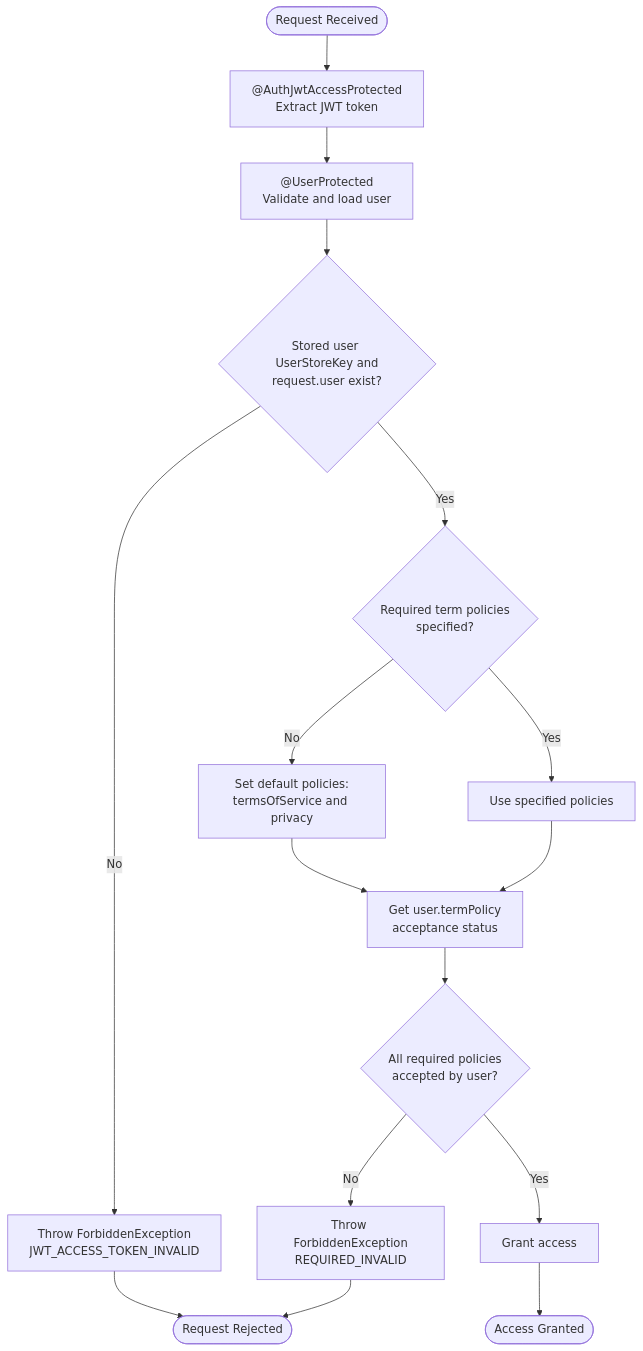
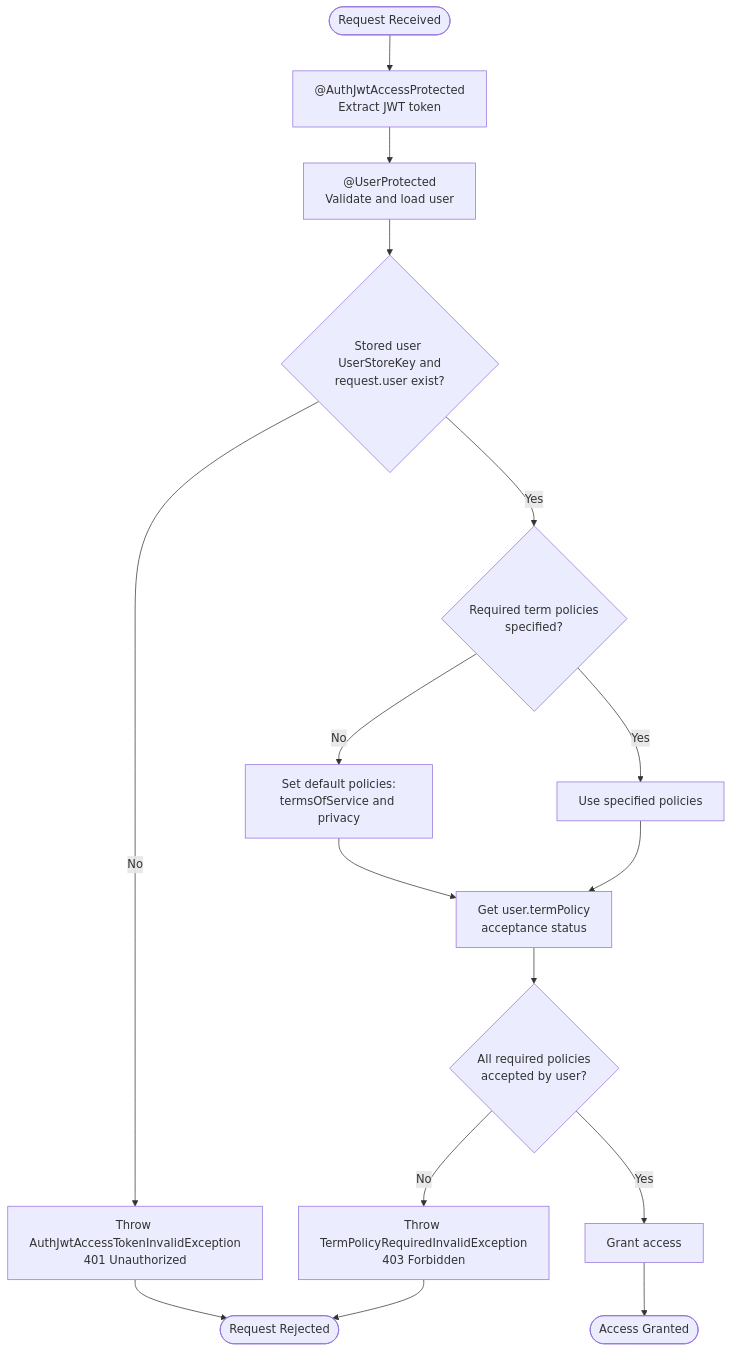
The fourth of 5 diagrams in docs/authorization.md (andrechristikan/ack-nestjs-boilerplate), drawn with Mermaid before and after one commit. The commit also changed other lines of this file and 156 other files, not shown here.

Commit message:
refactor: error exception and filter

````diff
--- a/docs/authorization.md
+++ b/docs/authorization.md
@@ -496,25 +496,25 @@
 ```mermaid
 flowchart TD
     Start([Request Received]) --> JwtGuard[ @AuthJwtAccessProtected<br/>Extract JWT token]
     JwtGuard --> UserGuard[ @UserProtected<br/>Validate and load user]
     UserGuard --> CheckUser{Stored user UserStoreKey and<br/>request.user exist?}
     
-    CheckUser -->|No| ErrorUser[Throw ForbiddenException<br/>JWT_ACCESS_TOKEN_INVALID]
+    CheckUser -->|No| ErrorUser[Throw AuthJwtAccessTokenInvalidException<br/>401 Unauthorized]
     CheckUser -->|Yes| CheckRequired{Required term policies<br/>specified?}
     
     CheckRequired -->|No| SetDefault[Set default policies:<br/>termsOfService and privacy]
     CheckRequired -->|Yes| UseSpecified[Use specified policies]
     
     SetDefault --> GetTermPolicy[Get user.termPolicy<br/>acceptance status]
     UseSpecified --> GetTermPolicy
     
     GetTermPolicy --> CheckAcceptance{All required policies<br/>accepted by user?}
     
-    CheckAcceptance -->|No| ErrorRequired[Throw ForbiddenException<br/>REQUIRED_INVALID]
+    CheckAcceptance -->|No| ErrorRequired[Throw TermPolicyRequiredInvalidException<br/>403 Forbidden]
     CheckAcceptance -->|Yes| GrantAccess[Grant access]
     
     GrantAccess --> Success([Access Granted])
     
     ErrorUser --> End([Request Rejected])
     ErrorRequired --> End
 ```
````
